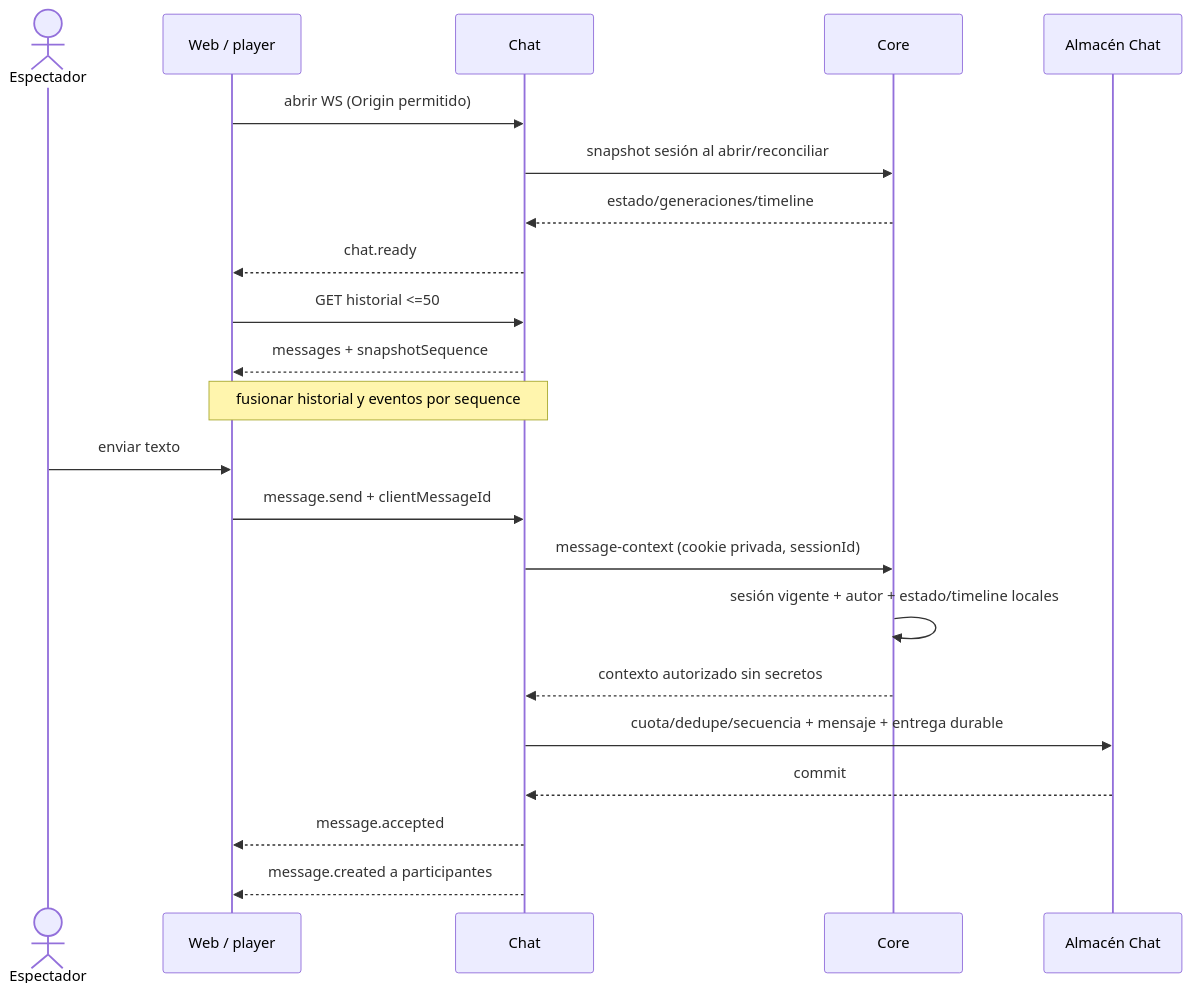
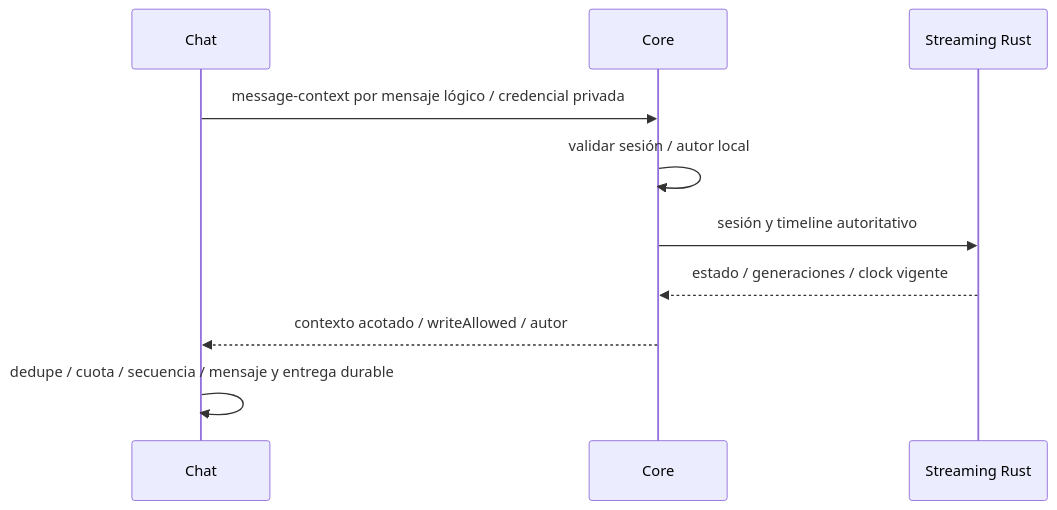
One commit to SWARCH-1A/streaming changed the second of 2 diagrams in docs/integracion_sistema_p1.md. Above: the diagram before and after it, drawn with Mermaid. The commit also changed other lines of this file and 151 other files, not shown here.

Commit message:
feat(streaming): implement Rust live streaming and MediaMTX adapter

````diff
--- a/docs/integracion_sistema_p1.md
+++ b/docs/integracion_sistema_p1.md
@@ -91,24 +52,12 @@
 ```mermaid
 sequenceDiagram
-  actor V as Espectador
-  participant W as Web / player
   participant CH as Chat
   participant C as Core
-  participant N as Almacén Chat
-  W->>CH: abrir WS (Origin permitido)
-  CH->>C: snapshot sesión al abrir/reconciliar
-  C-->>CH: estado/generaciones/timeline
-  CH-->>W: chat.ready
-  W->>CH: GET historial <=50
-  CH-->>W: messages + snapshotSequence
-  Note over W,CH: fusionar historial y eventos por sequence
-  V->>W: enviar texto
-  W->>CH: message.send + clientMessageId
-  CH->>C: message-context (cookie privada, sessionId)
-  C->>C: sesión vigente + autor + estado/timeline locales
-  C-->>CH: contexto autorizado sin secretos
-  CH->>N: cuota/dedupe/secuencia + mensaje + entrega durable
-  N-->>CH: commit
-  CH-->>W: message.accepted
-  CH-->>W: message.created a participantes
+  participant S as Streaming Rust
+  CH->>C: message-context por mensaje lógico / credencial privada
+  C->>C: validar sesión / autor local
+  C->>S: sesión y timeline autoritativo
+  S-->>C: estado / generaciones / clock vigente
+  C-->>CH: contexto acotado / writeAllowed / autor
+  CH->>CH: dedupe / cuota / secuencia / mensaje y entrega durable
 ```
````
